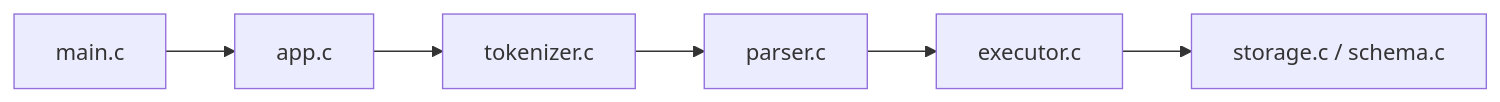
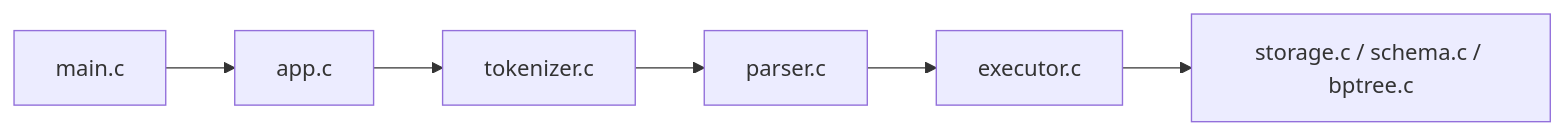
Before and after one commit to Jungle-12-303/week7-02-sql-index: the fifth of 18 diagrams in README.md, drawn with Mermaid. The commit also changed other lines of this file and 1 other file, not shown here.

````diff
--- a/README.md
+++ b/README.md
@@ -32,8 +91,8 @@
 ```mermaid
 flowchart LR
     A["main.c"] --> B["app.c"]
     B --> C["tokenizer.c"]
     C --> D["parser.c"]
     D --> E["executor.c"]
-    E --> F["storage.c / schema.c"]
+    E --> F["storage.c / schema.c / bptree.c"]
 ```
````
